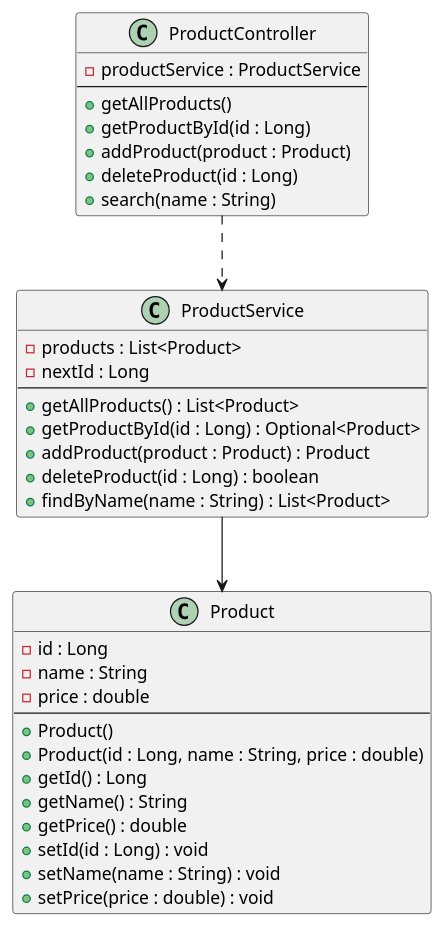
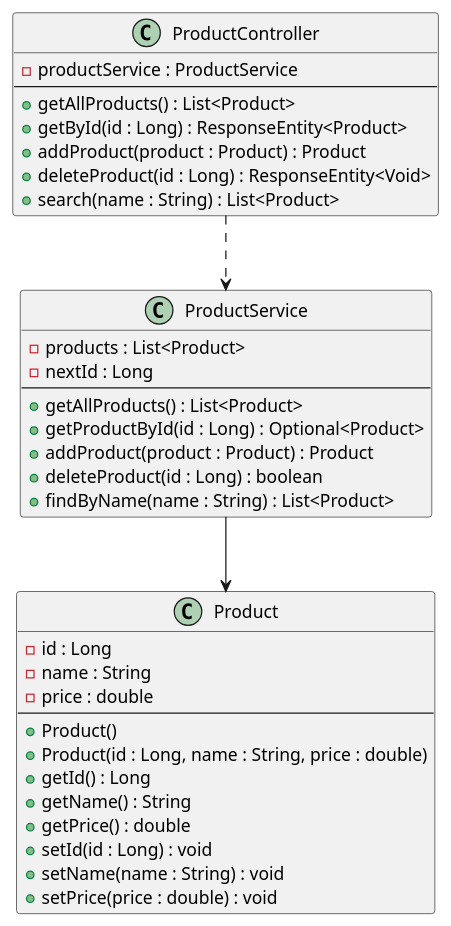
The diagram in docs/uml/Product.puml (paramiv0217-cloud/products-api), drawn with PlantUML before and after one commit.

Commit message:
Update Tutorial 3 UML diagram

```diff
--- a/docs/uml/Product.puml
+++ b/docs/uml/Product.puml
@@ -2,42 +2,42 @@
 @startuml
 
 class Product {
     - id : Long
     - name : String
     - price : double
     --
     + Product()
     + Product(id : Long, name : String, price : double)
     + getId() : Long
     + getName() : String
     + getPrice() : double
     + setId(id : Long) : void
     + setName(name : String) : void
     + setPrice(price : double) : void
 }
 
 class ProductService {
     - products : List<Product>
     - nextId : Long
     --
     + getAllProducts() : List<Product>
     + getProductById(id : Long) : Optional<Product>
     + addProduct(product : Product) : Product
     + deleteProduct(id : Long) : boolean
     + findByName(name : String) : List<Product>
 }
 
 class ProductController {
     - productService : ProductService
     --
-    + getAllProducts()
-    + getProductById(id : Long)
-    + addProduct(product : Product)
-    + deleteProduct(id : Long)
-    + search(name : String)
+    + getAllProducts() : List<Product>
+    + getById(id : Long) : ResponseEntity<Product>
+    + addProduct(product : Product) : Product
+    + deleteProduct(id : Long) : ResponseEntity<Void>
+    + search(name : String) : List<Product>
 }
 
 ProductController ..> ProductService
 ProductService --> Product
 
 @enduml
```
